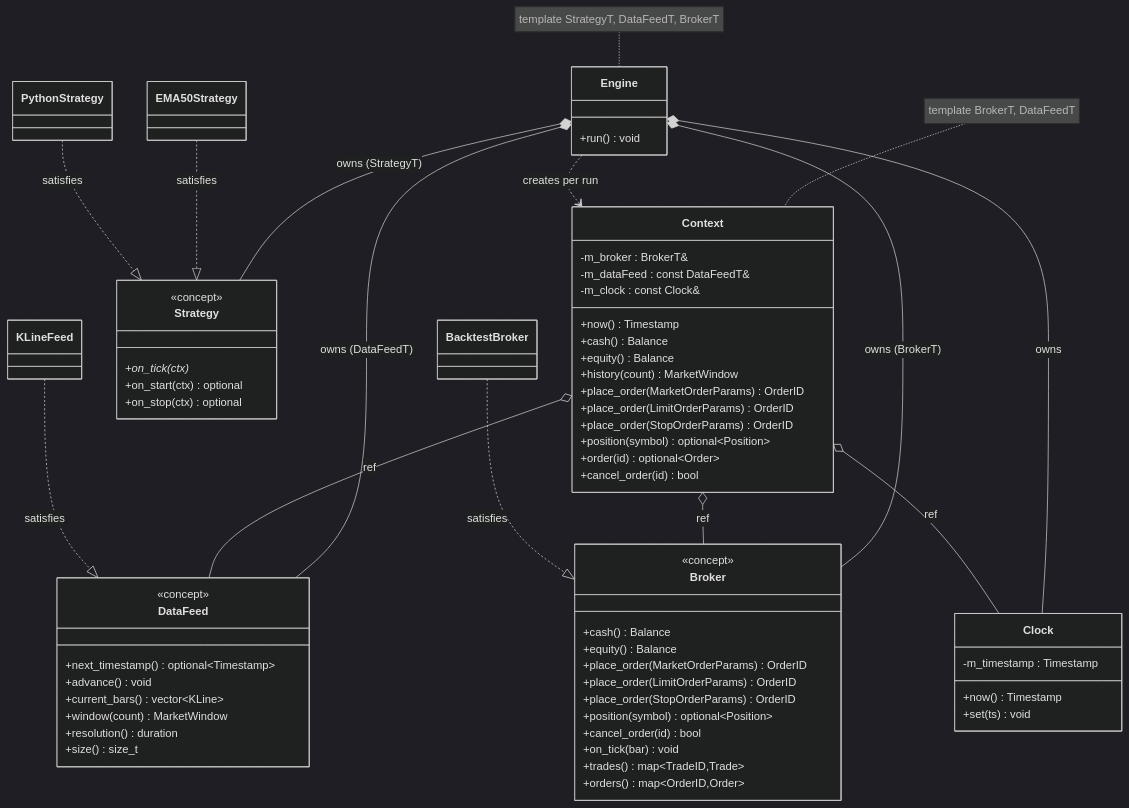
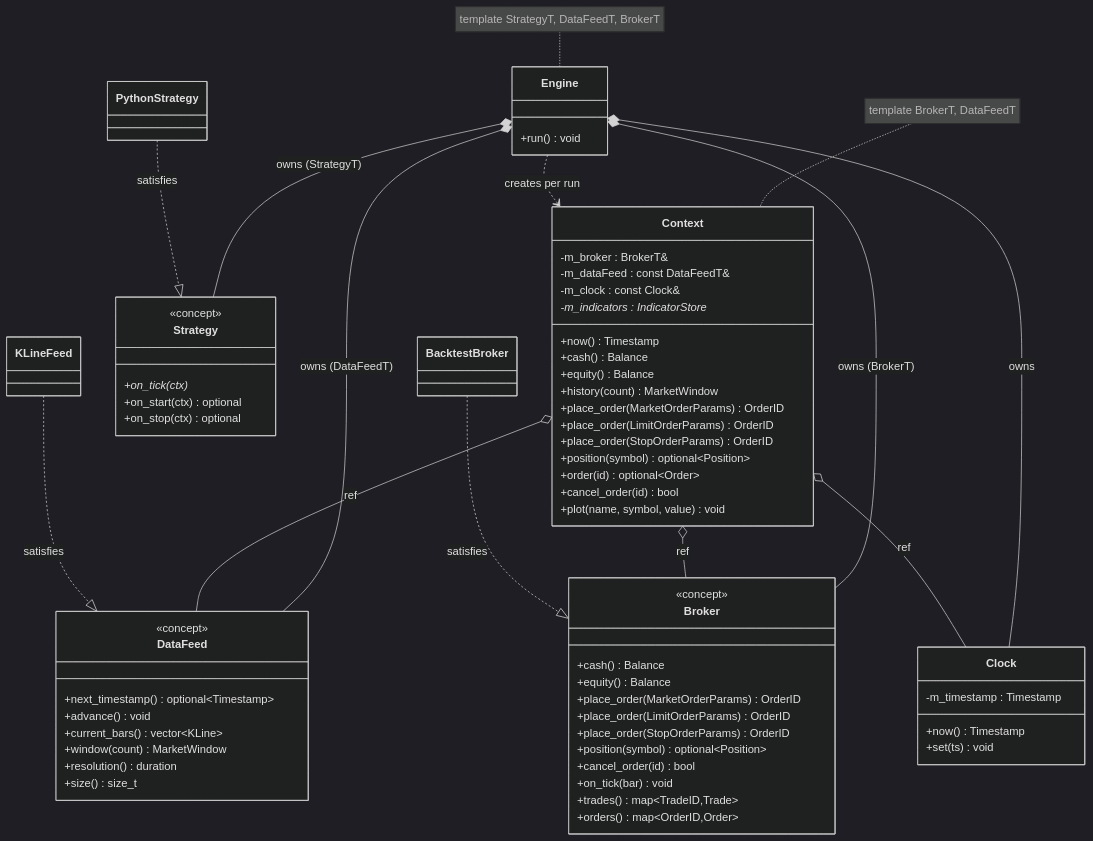
Before and after one commit to barberkman/stonks: the first of 7 diagrams in docs/architecture.md, drawn with Mermaid (dark theme). The commit also changed other lines of this file and 43 other files, not shown here.

First line of the commit message:
Add strategy-published chart indicator overlays; drop unused EMA50/QBreakout strategies

````diff
--- a/docs/architecture.md
+++ b/docs/architecture.md
@@ -14,74 +14,74 @@
 ```mermaid
 classDiagram
     class Engine {
         +run() void
     }
     class Context {
         -m_broker : BrokerT&
         -m_dataFeed : const DataFeedT&
         -m_clock : const Clock&
+        -m_indicators : IndicatorStore*
         +now() Timestamp
         +cash() Balance
         +equity() Balance
         +history(count) MarketWindow
         +place_order(MarketOrderParams) OrderID
         +place_order(LimitOrderParams) OrderID
         +place_order(StopOrderParams) OrderID
         +position(symbol) optional~Position~
         +order(id) optional~Order~
         +cancel_order(id) bool
+        +plot(name, symbol, value) void
     }
     class Clock {
         -m_timestamp : Timestamp
         +now() Timestamp
         +set(ts) void
     }
     class Strategy {
         <<concept>>
         +on_tick(ctx)*
         +on_start(ctx) optional
         +on_stop(ctx) optional
     }
     class DataFeed {
         <<concept>>
         +next_timestamp() optional~Timestamp~
         +advance() void
         +current_bars() vector~KLine~
         +window(count) MarketWindow
         +resolution() duration
         +size() size_t
     }
     class Broker {
         <<concept>>
         +cash() Balance
         +equity() Balance
         +place_order(MarketOrderParams) OrderID
         +place_order(LimitOrderParams) OrderID
         +place_order(StopOrderParams) OrderID
         +position(symbol) optional~Position~
         +cancel_order(id) bool
         +on_tick(bar) void
         +trades() map~TradeID,Trade~
         +orders() map~OrderID,Order~
     }
     class KLineFeed
     class BacktestBroker
-    class EMA50Strategy
     class PythonStrategy
 
     note for Engine "template StrategyT, DataFeedT, BrokerT"
     note for Context "template BrokerT, DataFeedT"
 
     Engine *-- Strategy : owns (StrategyT)
     Engine *-- DataFeed : owns (DataFeedT)
     Engine *-- Broker : owns (BrokerT)
     Engine *-- Clock : owns
     Engine ..> Context : creates per run
     Context o-- Broker : ref
     Context o-- DataFeed : ref
     Context o-- Clock : ref
     KLineFeed ..|> DataFeed : satisfies
     BacktestBroker ..|> Broker : satisfies
-    EMA50Strategy ..|> Strategy : satisfies
     PythonStrategy ..|> Strategy : satisfies
 ```
````
